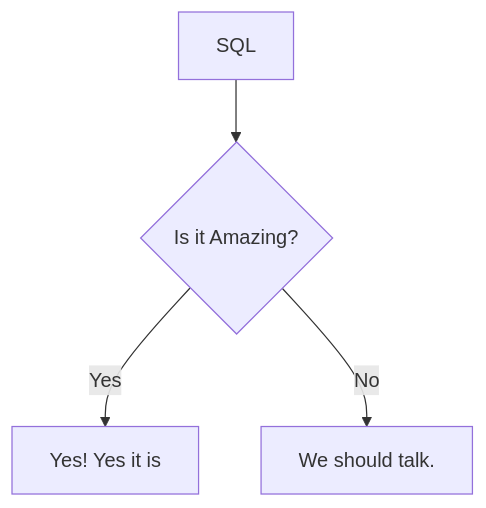
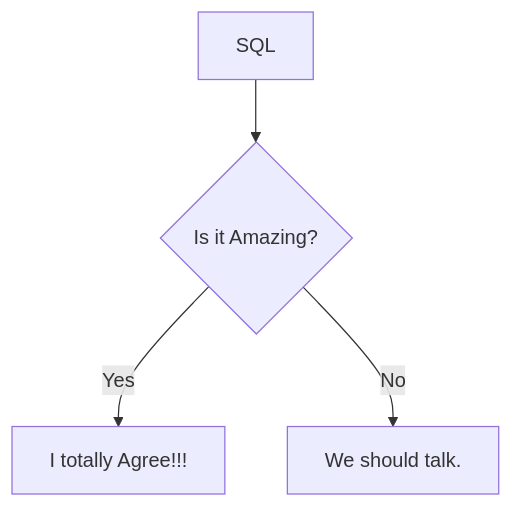
One commit to erichosick/erichosick changed the diagram in README.md. Above: the diagram before and after it, drawn with Mermaid.

````diff
--- a/README.md
+++ b/README.md
@@ -3,6 +3,6 @@
 ```mermaid
   graph TD;
     A[SQL]-->B{Is it Amazing?};
-    B -- Yes -->C[Yes! Yes it is];
+    B -- Yes -->C[I totally Agree!!!];
     B -- No --> D[We should talk.];
 ```
````
